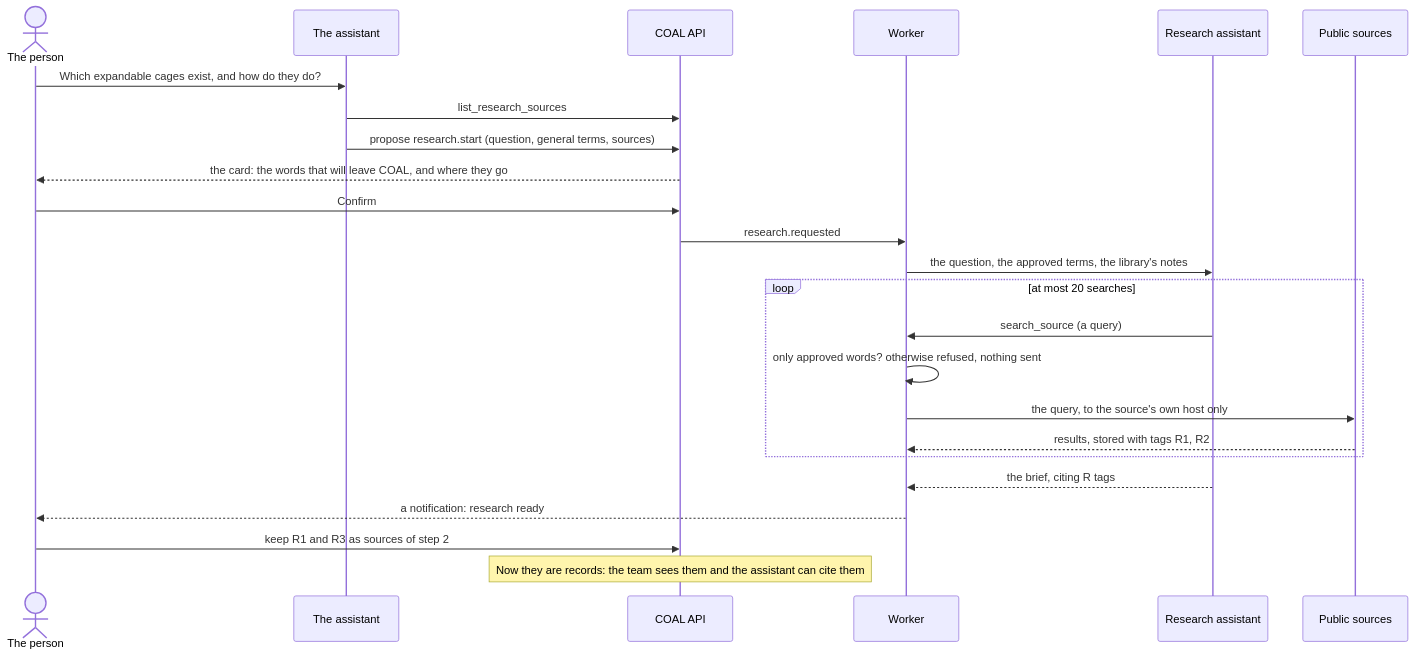
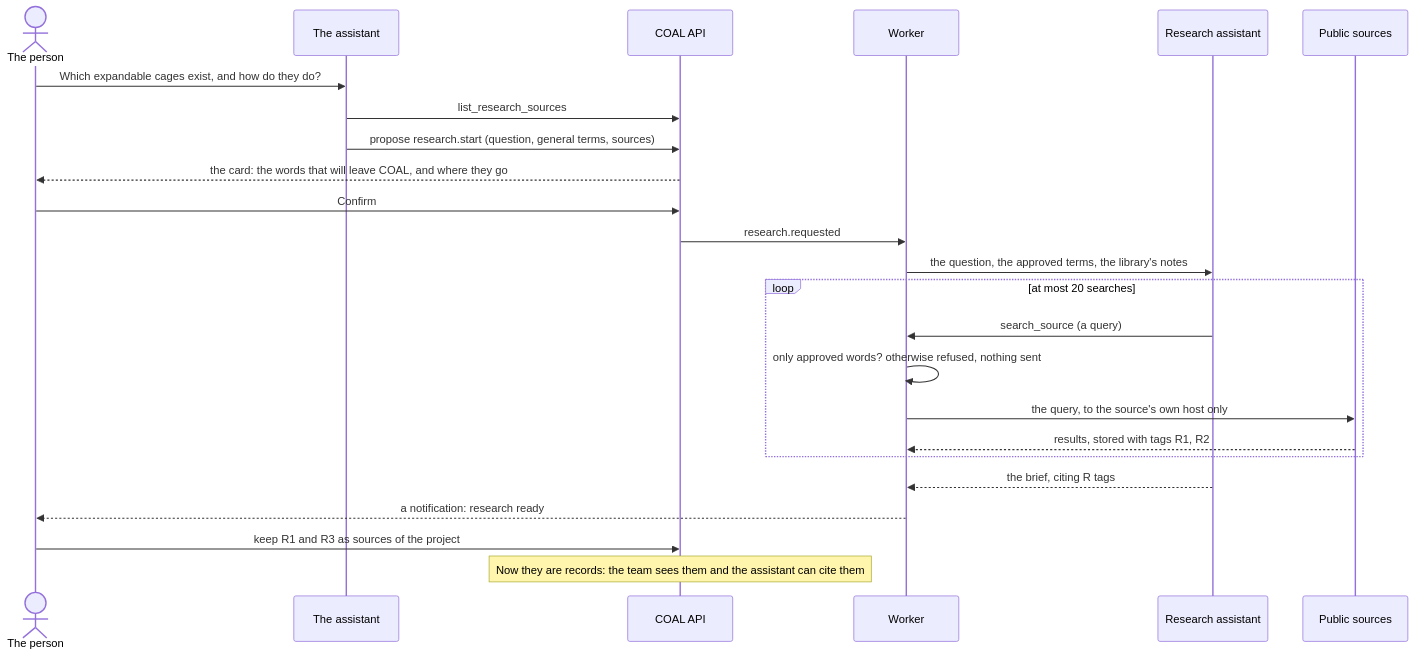
One commit to sharath101/coal changed the fourth of 4 diagrams in docs/workstation-and-ai.md. Above: the diagram before and after it, drawn with Mermaid. The commit also changed other lines of this file and 20 other files, not shown here.

First line of the commit message:
Keep research and other sources on the whole project, not only a step

````diff
--- a/docs/workstation-and-ai.md
+++ b/docs/workstation-and-ai.md
@@ -350,26 +350,26 @@
 ```mermaid
 sequenceDiagram
   actor You as The person
   participant Chat as The assistant
   participant API as COAL API
   participant Job as Worker
   participant RA as Research assistant
   participant Pub as Public sources
   You->>Chat: Which expandable cages exist, and how do they do?
   Chat->>API: list_research_sources
   Chat->>API: propose research.start (question, general terms, sources)
   API-->>You: the card: the words that will leave COAL, and where they go
   You->>API: Confirm
   API->>Job: research.requested
   Job->>RA: the question, the approved terms, the library's notes
   loop at most 20 searches
     RA->>Job: search_source (a query)
     Job->>Job: only approved words? otherwise refused, nothing sent
     Job->>Pub: the query, to the source's own host only
     Pub-->>Job: results, stored with tags R1, R2
   end
   RA-->>Job: the brief, citing R tags
   Job-->>You: a notification: research ready
-  You->>API: keep R1 and R3 as sources of step 2
+  You->>API: keep R1 and R3 as sources of the project
   Note over API: Now they are records: the team sees them and the assistant can cite them
 ```
````
